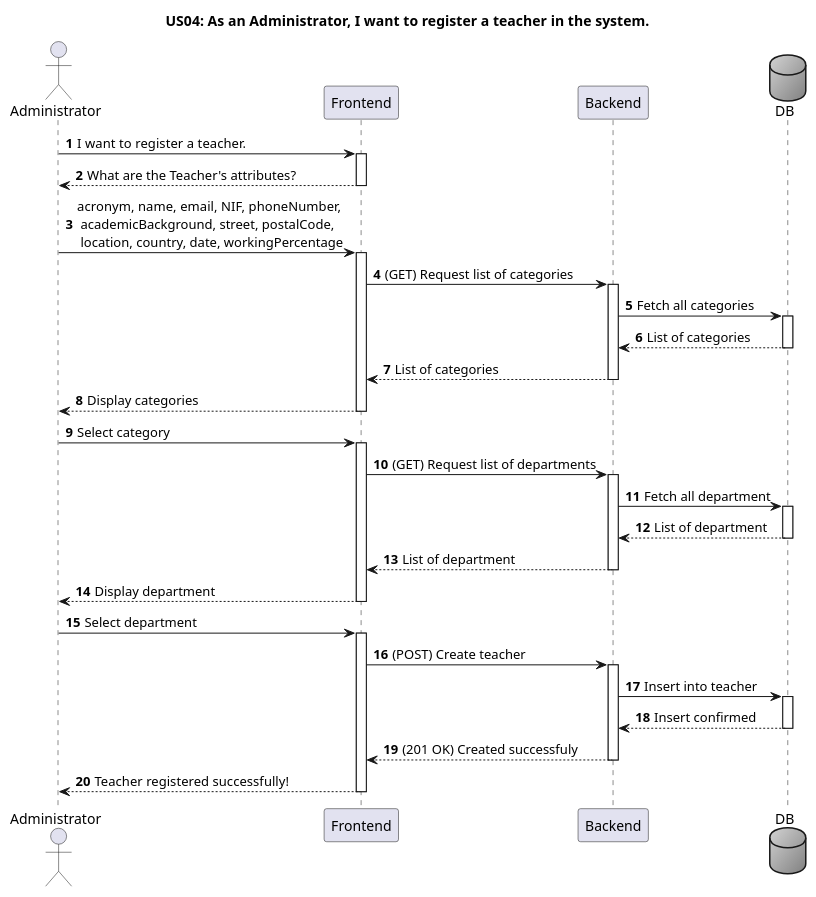
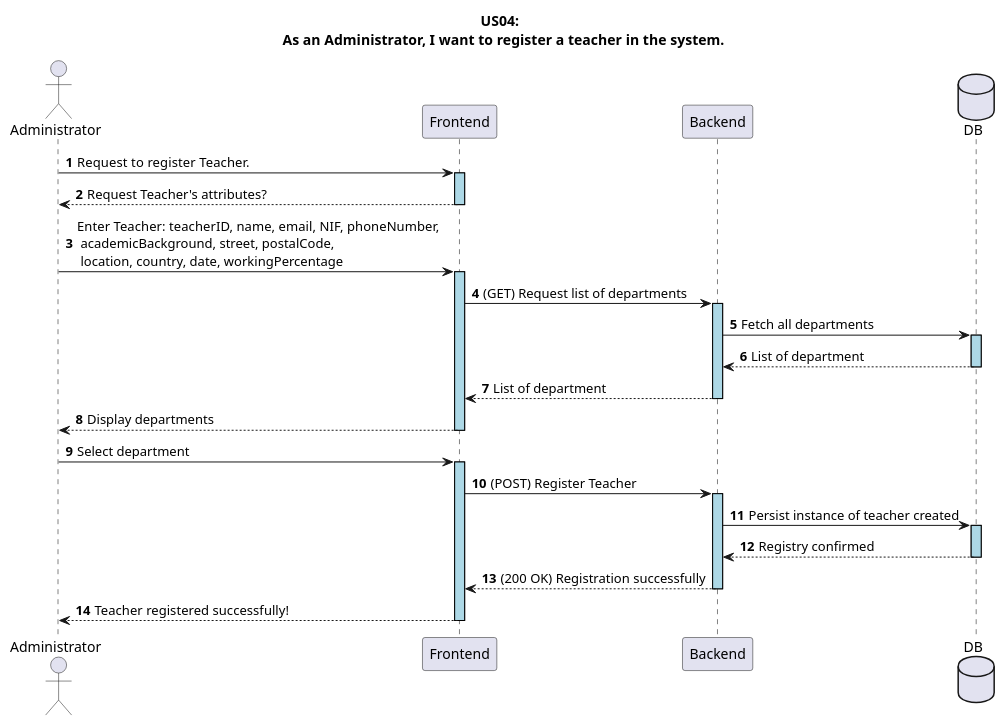
The diagram in docs/US04/Sprint6/ProcessView/Level2.puml (GasparISEP/DevOps-PAI), drawn with PlantUML before and after one commit.

Commit message:
docs: refactor Level 2 ProcessView diagrams to Teacher Registration. #500 #581

```diff
--- a/docs/US04/Sprint6/ProcessView/Level2.puml
+++ b/docs/US04/Sprint6/ProcessView/Level2.puml
@@ -1,36 +1,35 @@
 @startuml
 autonumber
 
-title US04: As an Administrator, I want to register a teacher in the system.
+skinparam sequence {
+   LifelineBorderColor black
+   LifelineBackgroundColor LightBlue
+ }
+
+title US04: \n As an Administrator, I want to register a teacher in the system.
 
 actor Administrator
 participant "Frontend" as FE
 participant "Backend" as BE
-database DB #lightgray/gray
+database DB
 
-Administrator -> FE ++: I want to register a teacher.
-FE --> Administrator --: What are the Teacher's attributes?
+Administrator -> FE ++: Request to register Teacher.
+FE --> Administrator --: Request Teacher's attributes?
 
-Administrator -> FE ++: acronym, name, email, NIF, phoneNumber, \n academicBackground, street, postalCode, \n location, country, date, workingPercentage
-FE -> BE ++: (GET) Request list of categories
-BE -> DB ++: Fetch all categories
-DB --> BE --: List of categories
-BE --> FE --: List of categories
-FE --> Administrator --: Display categories
+Administrator -> FE ++: Enter Teacher: teacherID, name, email, NIF, phoneNumber, \n academicBackground, street, postalCode, \n location, country, date, workingPercentage
 
-Administrator -> FE ++: Select category
 FE -> BE ++: (GET) Request list of departments
-BE -> DB ++: Fetch all department
+BE -> DB ++: Fetch all departments
 DB --> BE --: List of department
 BE --> FE --: List of department
-FE --> Administrator --: Display department
+FE --> Administrator --: Display departments
 
 Administrator -> FE ++: Select department
 
-FE -> BE ++: (POST) Create teacher
-BE -> DB ++: Insert into teacher
-DB --> BE --: Insert confirmed
-BE --> FE --: (201 OK) Created successfuly
+FE -> BE ++: (POST) Register Teacher
+BE -> DB ++: Persist instance of teacher created
+DB --> BE --: Registry confirmed
+BE --> FE --: (200 OK) Registration successfully
 FE --> Administrator --: Teacher registered successfully!
 
 @enduml
```
